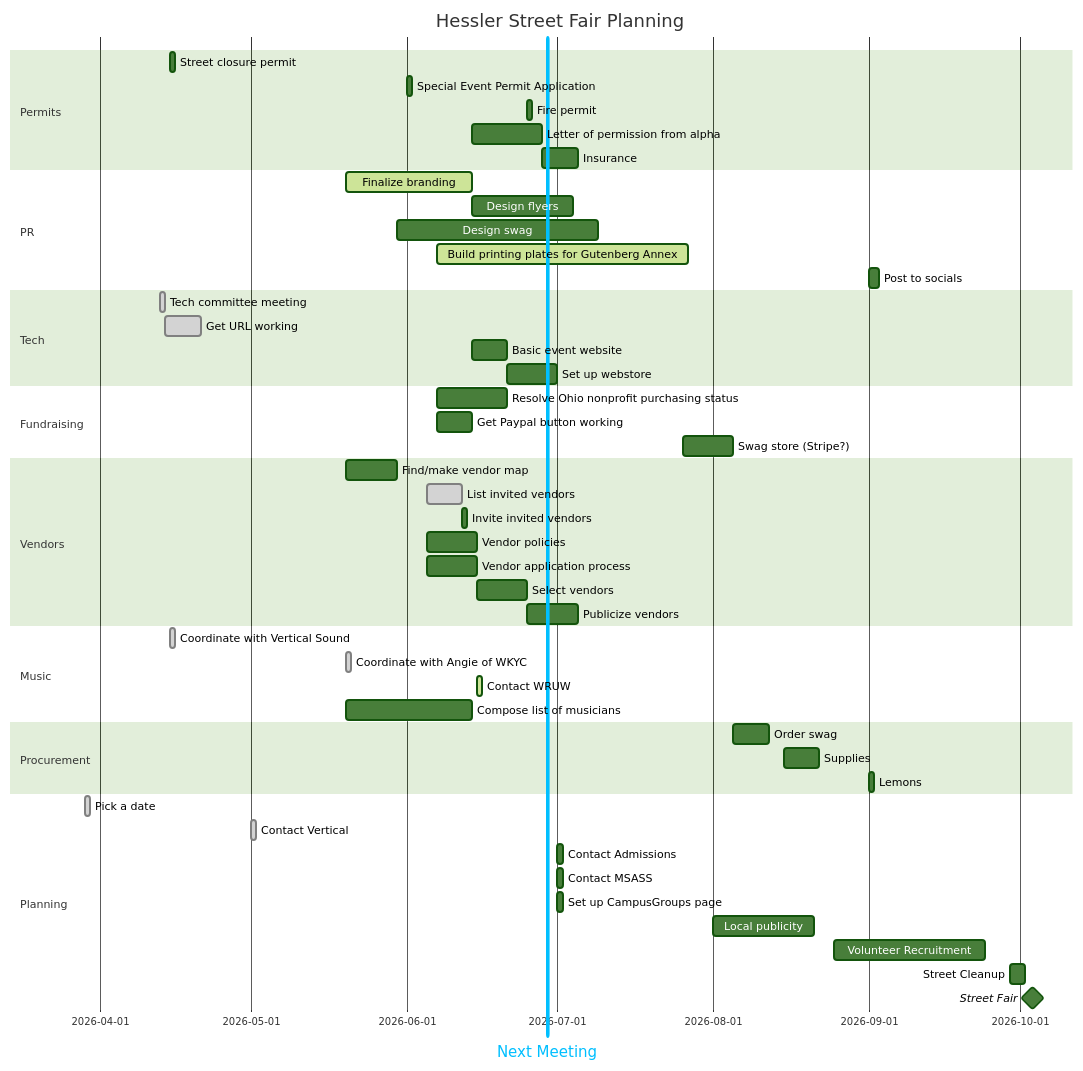
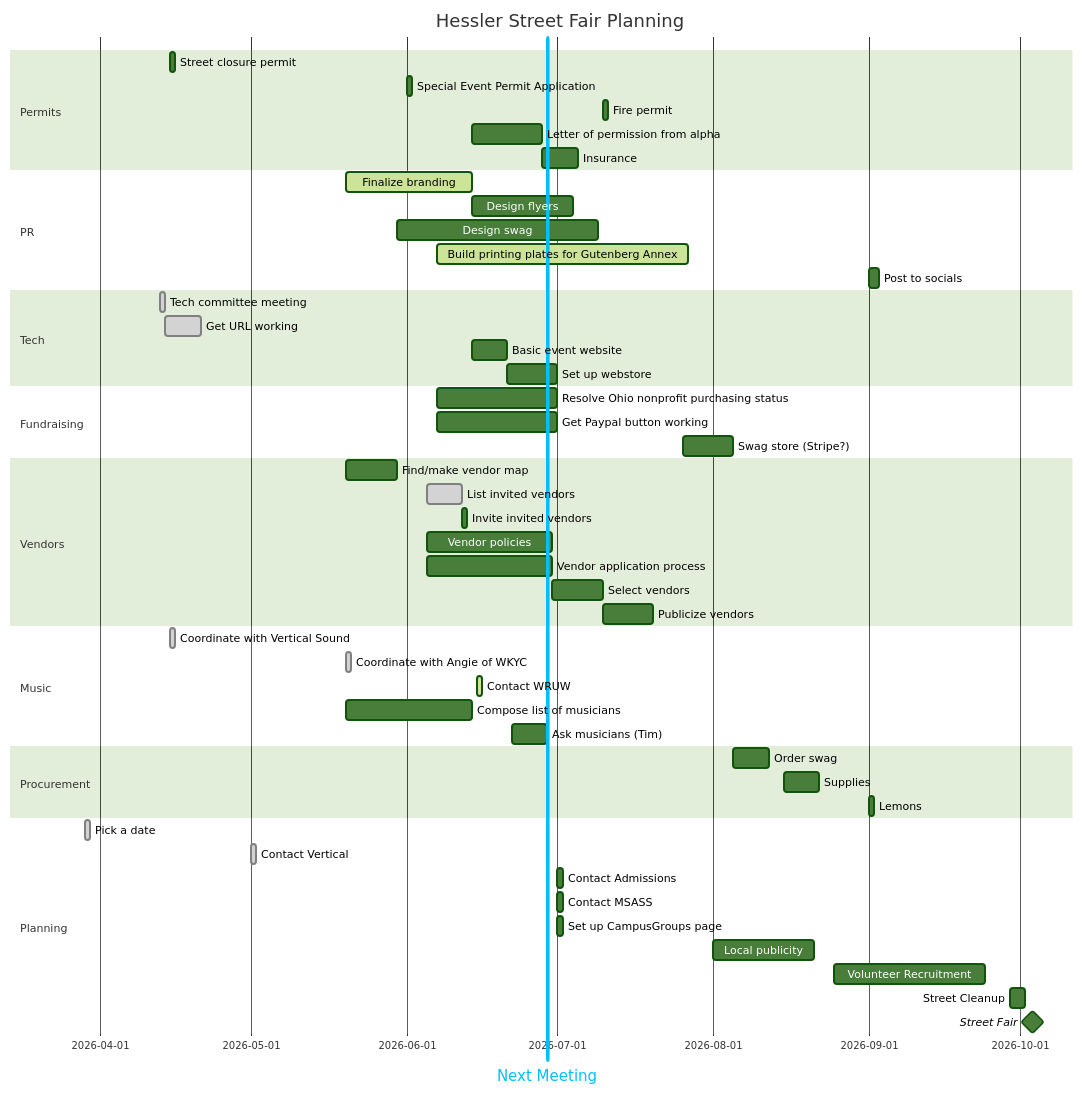
The first of 2 diagrams in files/fairplan.md (KCollins/KCollins.github.io), drawn with Mermaid before and after one commit.

````diff
--- a/files/fairplan.md
+++ b/files/fairplan.md
@@ -1,58 +1,59 @@
 ```mermaid
 %%{init: {'theme': 'forest'}}%%
 gantt
     title  Hessler Street Fair Planning
     dateFormat YYYY-MM-DD
     section Permits
             Street closure permit    :streetpermit, 2026-04-15, 1d
             Special Event Permit Application    :eventpermit, 2026-06-01, 1d
             Fire permit    :firepermit, after vendorselect eventpermit, 1d
             Letter of permission from alpha: alphaletter, 2026-06-14, 14d
             Insurance: insurance, after alphaletter, 7d
 
     section PR
             Finalize branding :active, brand, 2026-05-20, 25d
             %% Reminder: get binder back from Zoe!
             Design flyers : flyers, after brand, 20d
             Design swag    : designswag, 2026-05-30, 40d
             Build printing plates for Gutenberg Annex: active, 3dplates, 2026-06-07, 50d
             Post to socials: socials, 2026-09-01, 2d
     section Tech
             Tech committee meeting: done, techmeet, 2026-04-13, 1d
             Get URL working:done, url, after techmeet, 7d
             Basic event website: basicsite, after brand, 7d
             Set up webstore: webstore, after basicsite, 10d
     section Fundraising
-            Resolve Ohio nonprofit purchasing status: nonprofitstatus, 2026-06-07, 14d
-            Get Paypal button working: paypal, 2026-06-07, 7d
+            Resolve Ohio nonprofit purchasing status: nonprofitstatus, 2026-06-07, 24d
+            Get Paypal button working: paypal, 2026-06-07, 24d
             Swag store (Stripe?)    :swagstore, after designswag webstore swag, 10d
     section Vendors
             Find/make vendor map: vendormap, 2026-05-20, 10d
             List invited vendors: done, invitelist, 2026-06-05, 7d
             Invite invited vendors: invite, after invitelist eventpermit, 1d
-            Vendor policies: policy, 2026-06-05, 10d
-            Vendor application process: vendorapp, 2026-06-05, 10d
+            Vendor policies: policy, 2026-06-05, 25d
+            Vendor application process: vendorapp, 2026-06-05, 25d
             Select vendors: vendorselect, after invitelist vendorapp, 10d
             Publicize vendors: vendor-announce, after vendorselect, 10d
     section Music
             Coordinate with Vertical Sound    :done, vertical, 2026-04-15, 1d
             Coordinate with Angie of WKYC    : done, wkyc, 2026-05-20, 1d
             Contact WRUW:active,  wruw, 2026-06-15, 1d
             Compose list of musicians: musiclist, 2026-05-20, 25d
+            Ask musicians (Tim): timask, 2026-06-22, 7d
     section Procurement
             Order swag:   swag, after swagstore, 7d
             Supplies: supplies, 2026-08-15, 7d
             Lemons: lemons, 2026-09-01, 1d
     section Planning
             Pick a date :done, pick, 2026-03-29, 1d
             Next Meeting :vert, v1, 2026-06-29, 0d
             Contact Vertical: done, vertical, 2026-05-01, 1d
             Contact Admissions: admissions, 2026-07-01, 1d
             Contact MSASS: msass, 2026-07-01, 1d
             Set up CampusGroups page: campusgroups, 2026-07-01, 1d
             Local publicity: publicize, 2026-08-01, 20d
             Volunteer Recruitment: recruit, 2026-08-25, 30d
             Street Cleanup: cleanup, 2026-09-29, 3d
             Street Fair        :milestone, streetfair, 2026-10-03, 1d
 
 ```
````
